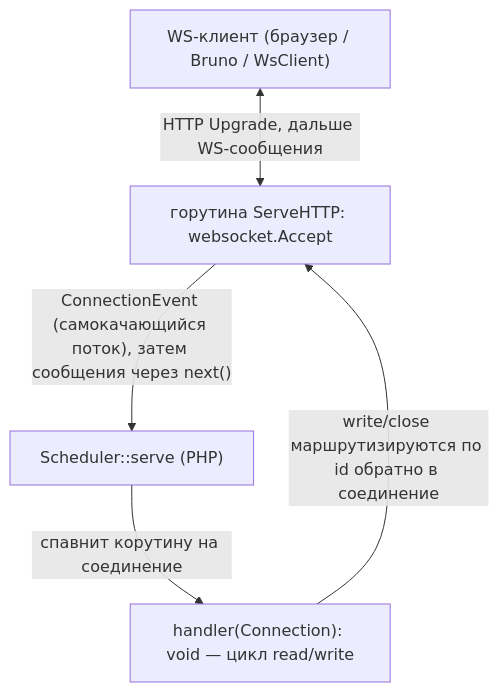
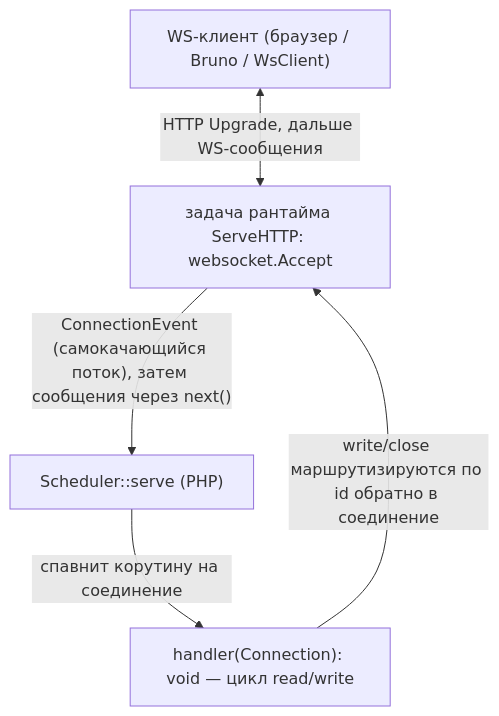
Before and after one commit to sprust/sconcur: the diagram in docs/websocket-server.ru.md, drawn with Mermaid. The commit also changed other lines of this file and 46 other files, not shown here.

````diff
--- a/docs/websocket-server.ru.md
+++ b/docs/websocket-server.ru.md
@@ -22,12 +22,12 @@
 ```mermaid
 flowchart TB
     client["WS-клиент (браузер / Bruno / WsClient)"]
-    serve["горутина ServeHTTP: websocket.Accept"]
+    serve["задача рантайма ServeHTTP: websocket.Accept"]
     sched["Scheduler::serve (PHP)"]
     handler["handler(Connection): void — цикл read/write"]
 
     client <-->|"HTTP Upgrade, дальше WS-сообщения"| serve
     serve -->|"ConnectionEvent (самокачающийся поток), затем сообщения через next()"| sched
     sched -->|"спавнит корутину на соединение"| handler
     handler -->|"write/close маршрутизируются по id обратно в соединение"| serve
 ```
````
